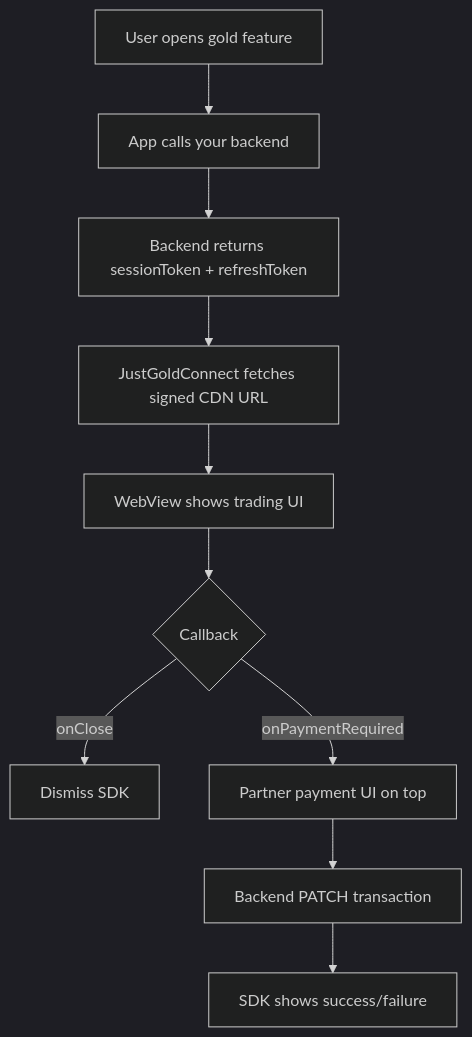
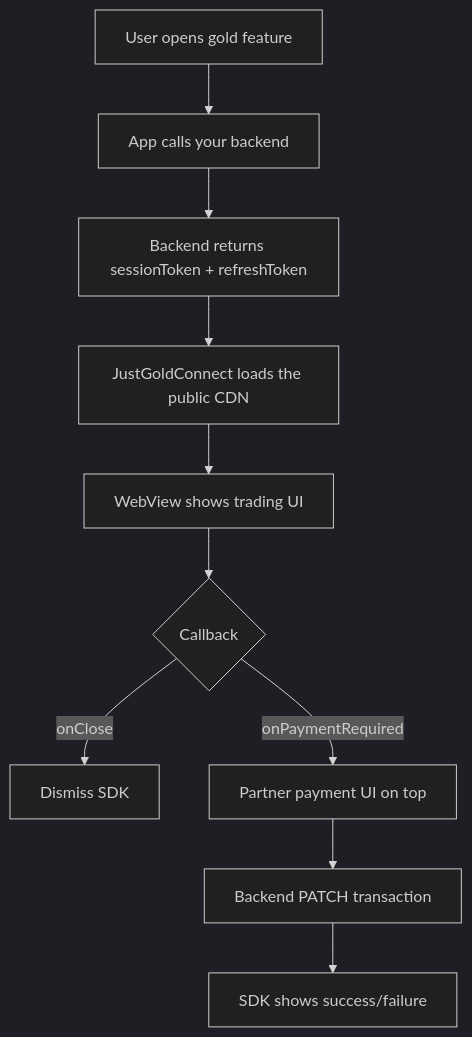
Before and after one commit to Just-Gold-JG/docs: the diagram in sdk/react-native.md, drawn with Mermaid (dark theme). The commit also changed other lines of this file and 9 other files, not shown here.

First line of the commit message:
Document the public SDK CDN and the current partner API hosts.

````diff
--- a/sdk/react-native.md
+++ b/sdk/react-native.md
@@ -25,12 +25,12 @@
 ```mermaid
 flowchart TD
     A[User opens gold feature] --> B[App calls your backend]
     B --> C[Backend returns sessionToken + refreshToken]
-    C --> D[JustGoldConnect fetches signed CDN URL]
+    C --> D[JustGoldConnect loads the public CDN]
     D --> E[WebView shows trading UI]
     E --> F{Callback}
     F -->|onClose| G[Dismiss SDK]
     F -->|onPaymentRequired| H[Partner payment UI on top]
     H --> I[Backend PATCH transaction]
     I --> J[SDK shows success/failure]
 ```
````
